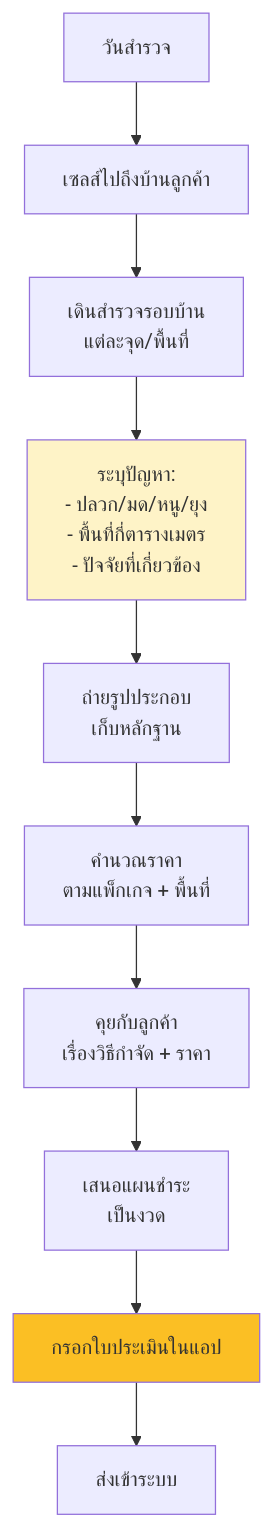
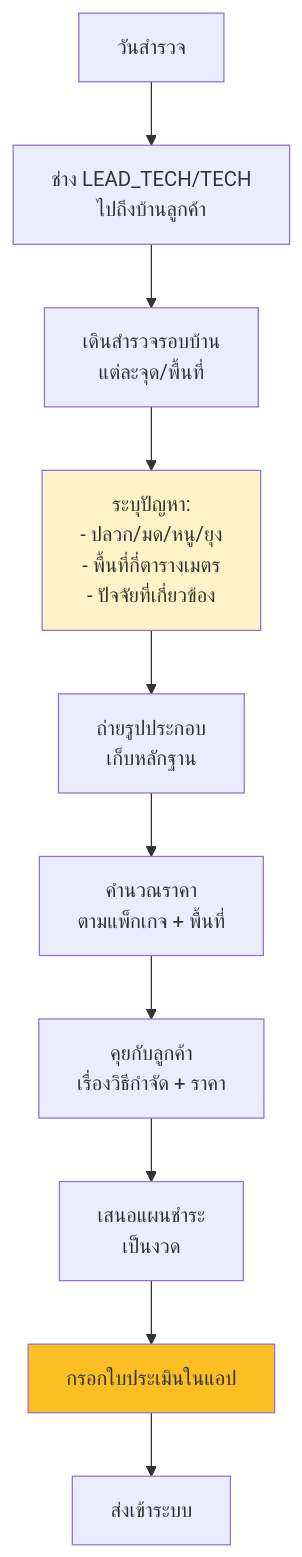
The sixth of 46 diagrams in public/docs/FLOW.md (Rachaiyut/mrgreenpest-admin), drawn with Mermaid before and after one commit. The commit also changed other lines of this file, not shown here.

First line of the commit message:
docs(flow): remove standalone Sales role — handled by LEAD_TECH/TECH

````diff
--- a/public/docs/FLOW.md
+++ b/public/docs/FLOW.md
@@ -1482,15 +1409,15 @@
 ```mermaid
 flowchart TD
-    Day[วันสำรวจ] --> Arrive[เซลส์ไปถึงบ้านลูกค้า]
+    Day[วันสำรวจ] --> Arrive[ช่าง LEAD_TECH/TECH<br/>ไปถึงบ้านลูกค้า]
     Arrive --> Walk[เดินสำรวจรอบบ้าน<br/>แต่ละจุด/พื้นที่]
     Walk --> Identify[ระบุปัญหา:<br/>- ปลวก/มด/หนู/ยุง<br/>- พื้นที่กี่ตารางเมตร<br/>- ปัจจัยที่เกี่ยวข้อง]
     Identify --> Photo[ถ่ายรูปประกอบ<br/>เก็บหลักฐาน]
     Photo --> Calc[คำนวณราคา<br/>ตามแพ็กเกจ + พื้นที่]
     Calc --> Discuss[คุยกับลูกค้า<br/>เรื่องวิธีกำจัด + ราคา]
     Discuss --> Plan[เสนอแผนชำระ<br/>เป็นงวด]
     Plan --> Fill[กรอกใบประเมินในแอป]
     Fill --> Submit[ส่งเข้าระบบ]
 
     style Identify fill:#fef3c7
     style Fill fill:#fbbf24
 ```
````
